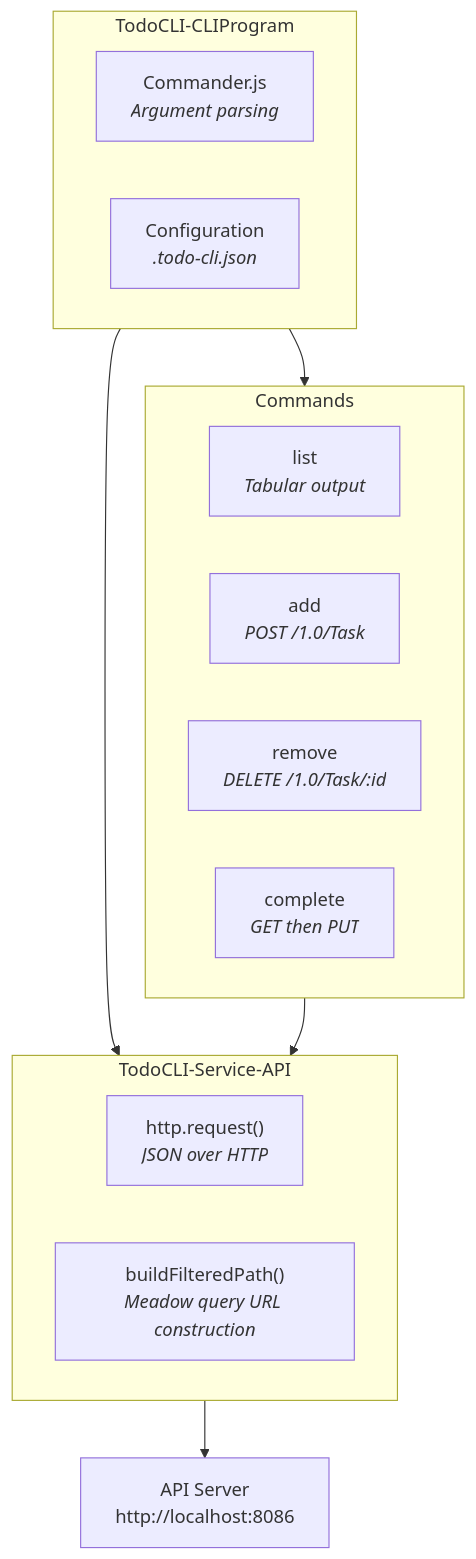
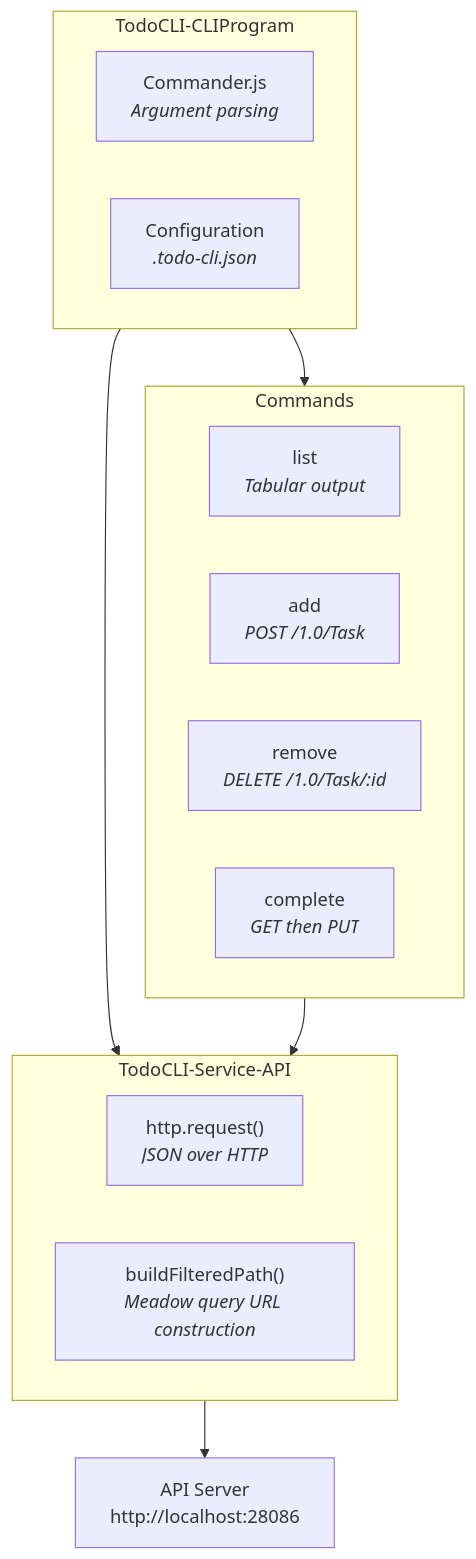
One commit to stevenvelozo/retold changed the diagram in docs/examples/todolist/todo-list-cli-client.md. Above: the diagram before and after it, drawn with Mermaid. The commit also changed other lines of this file and 19 other files, not shown here.

````diff
--- a/docs/examples/todolist/todo-list-cli-client.md
+++ b/docs/examples/todolist/todo-list-cli-client.md
@@ -97,24 +166,24 @@
 ```mermaid
 graph TB
     subgraph cli["TodoCLI-CLIProgram"]
         commander["Commander.js<br/><i>Argument parsing</i>"]
         config["Configuration<br/><i>.todo-cli.json</i>"]
     end
 
     subgraph service["TodoCLI-Service-API"]
         http["http.request()<br/><i>JSON over HTTP</i>"]
         urlbuilder["buildFilteredPath()<br/><i>Meadow query URL construction</i>"]
     end
 
     subgraph commands["Commands"]
         list["list<br/><i>Tabular output</i>"]
         add["add<br/><i>POST /1.0/Task</i>"]
         remove["remove<br/><i>DELETE /1.0/Task/:id</i>"]
         complete["complete<br/><i>GET then PUT</i>"]
     end
 
     cli --> service
     cli --> commands
     commands --> service
-    service --> server["API Server<br/>http://localhost:8086"]
+    service --> server["API Server<br/>http://localhost:28086"]
 ```
````
